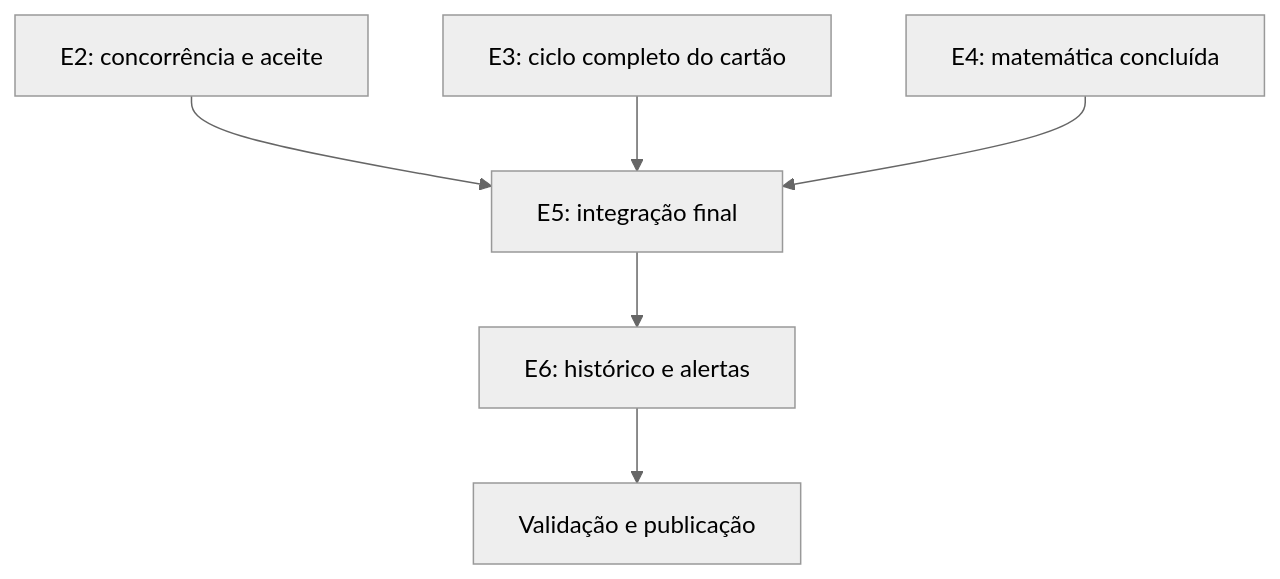
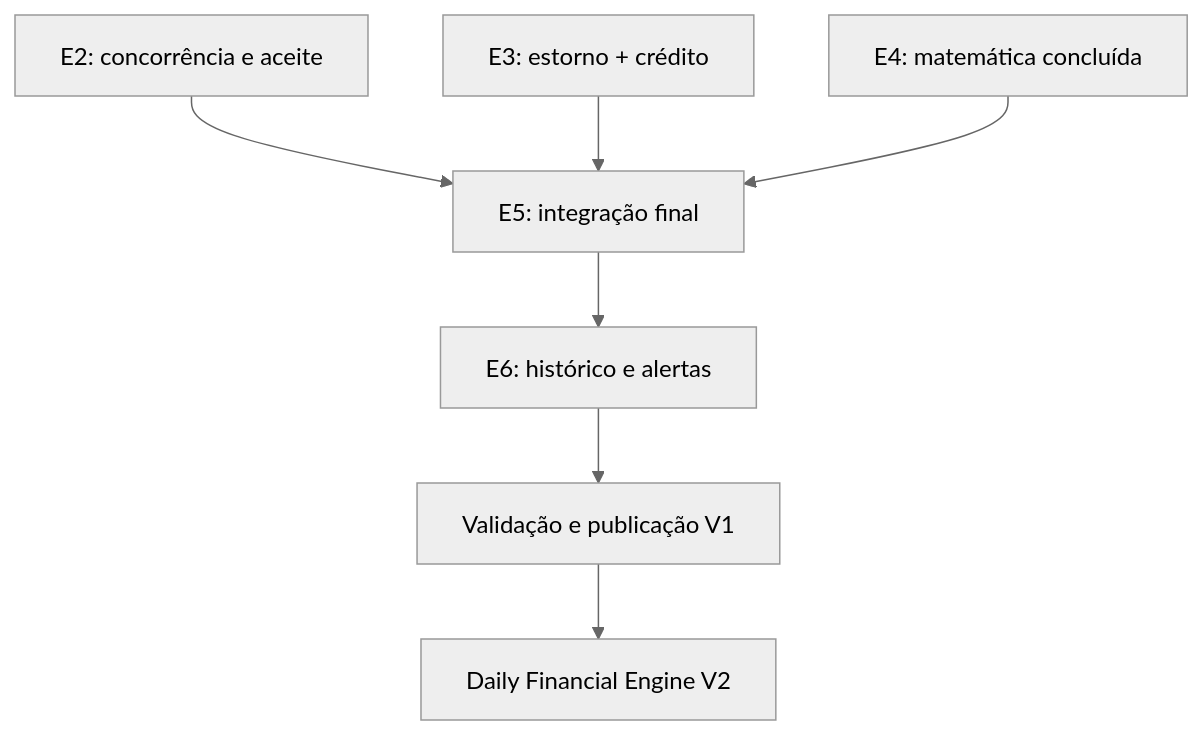
The diagram in FINANCIAL_PLANNING_STAGES.md (Gabriel-AR-Silva/FinanSys), drawn with Mermaid (neutral theme) before and after one commit. The commit also changed other lines of this file, not shown here.

````diff
--- a/FINANCIAL_PLANNING_STAGES.md
+++ b/FINANCIAL_PLANNING_STAGES.md
@@ -31,8 +32,9 @@
 ```mermaid
 flowchart TD
     E2["E2: concorrência e aceite"] --> E5["E5: integração final"]
-    E3["E3: ciclo completo do cartão"] --> E5
+    E3["E3: estorno + crédito"] --> E5
     E4["E4: matemática concluída"] --> E5
     E5 --> E6["E6: histórico e alertas"]
-    E6 --> PUB["Validação e publicação"]
+    E6 --> PUB["Validação e publicação V1"]
+    PUB --> V2["Daily Financial Engine V2"]
 ```
````
